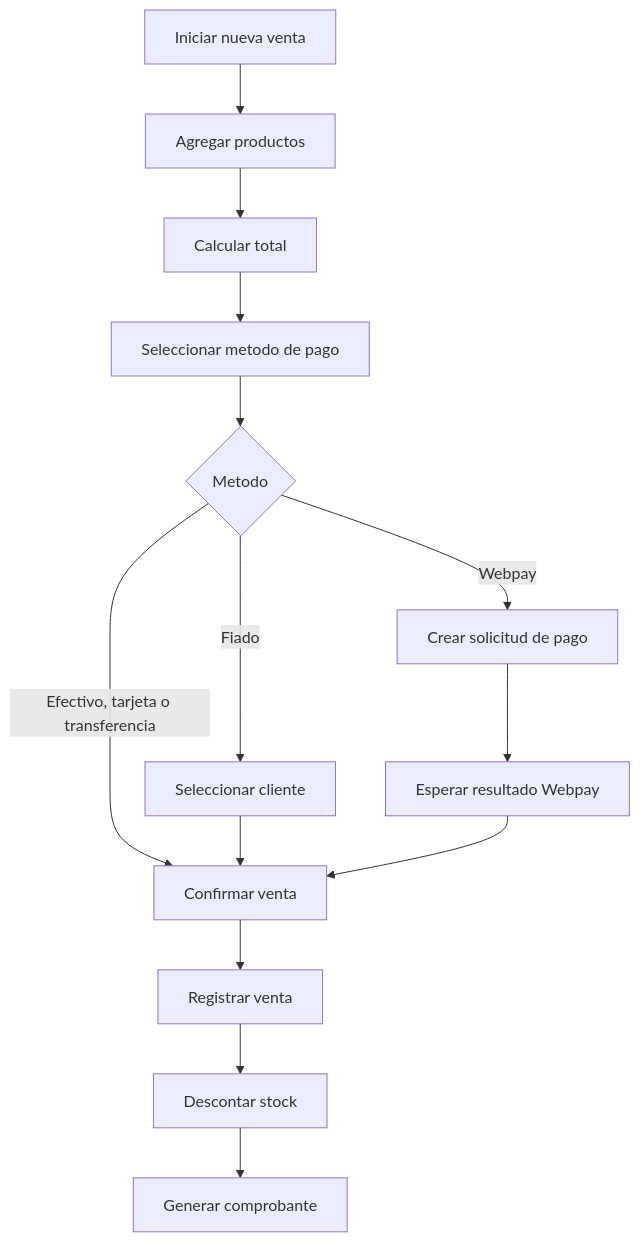
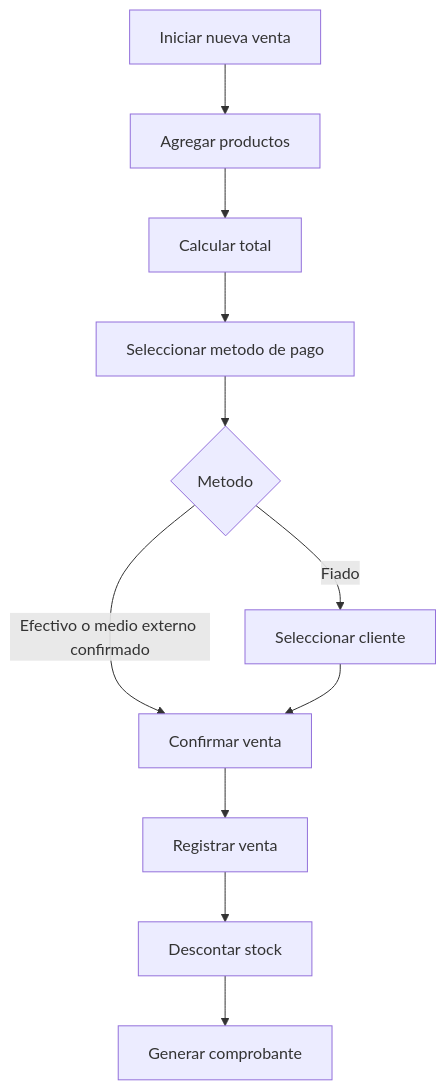
The third of 6 diagrams in docs/Documento-Proyecto-Localito.md (CamiloGonzalezSt/LocalitoSaaS), drawn with Mermaid before and after one commit. The commit also changed other lines of this file and 3 other files, not shown here.

````diff
--- a/docs/Documento-Proyecto-Localito.md
+++ b/docs/Documento-Proyecto-Localito.md
@@ -838,16 +839,13 @@
 ```mermaid
 flowchart TD
     A["Iniciar nueva venta"] --> B["Agregar productos"]
     B --> C["Calcular total"]
     C --> D["Seleccionar metodo de pago"]
     D --> E{Metodo}
-    E -->|Efectivo, tarjeta o transferencia| F["Confirmar venta"]
+    E -->|Efectivo o medio externo confirmado| F["Confirmar venta"]
     E -->|Fiado| G["Seleccionar cliente"]
-    E -->|Webpay| H["Crear solicitud de pago"]
     G --> F
-    H --> I["Esperar resultado Webpay"]
-    I --> F
     F --> J["Registrar venta"]
     J --> K["Descontar stock"]
     K --> L["Generar comprobante"]
 ```
````
